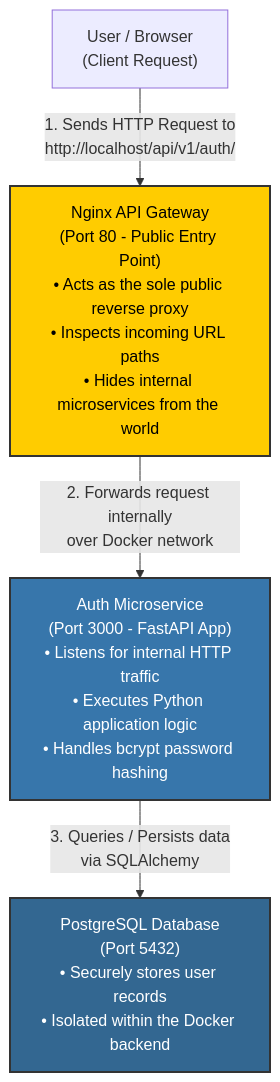
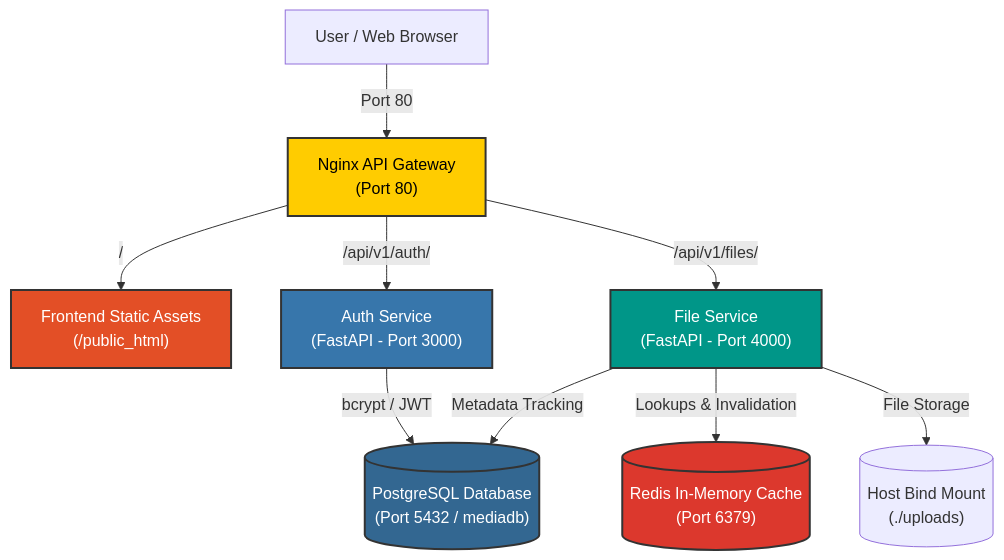
One commit to AsherFerdinand/docker-fastapi-microservice-stack changed the diagram in README.md. Above: the diagram before and after it, drawn with Mermaid. The commit also changed other lines of this file, not shown here.

````diff
--- a/README.md
+++ b/README.md
@@ -31,12 +33,20 @@
 ```mermaid
 graph TD
-    User["User / Browser\n(Client Request)"] -->|1. Sends HTTP Request to\nhttp://localhost/api/v1/auth/| Port80["Nginx API Gateway\n(Port 80 - Public Entry Point)\n• Acts as the sole public reverse proxy\n• Inspects incoming URL paths\n• Hides internal microservices from the world"]
-    
-    Port80 -->|2. Forwards request internally\nover Docker network| Port3000["Auth Microservice\n(Port 3000 - FastAPI App)\n• Listens for internal HTTP traffic\n• Executes Python application logic\n• Handles bcrypt password hashing"]
-    
-    Port3000 -->|3. Queries / Persists data\nvia SQLAlchemy| DB["PostgreSQL Database\n(Port 5432)\n• Securely stores user records\n• Isolated within the Docker backend"]
+    User["User / Web Browser"] -->|Port 80| Gateway["Nginx API Gateway\n(Port 80)"]
 
-    style Port80 fill:#ffcc00,stroke:#333,stroke-width:2px,color:#000
-    style Port3000 fill:#3776AB,stroke:#333,stroke-width:2px,color:#fff
+    Gateway -->|/| Frontend["Frontend Static Assets\n(/public_html)"]
+    Gateway -->|/api/v1/auth/| AuthSvc["Auth Service\n(FastAPI - Port 3000)"]
+    Gateway -->|/api/v1/files/| FileSvc["File Service\n(FastAPI - Port 4000)"]
+
+    AuthSvc -->|bcrypt / JWT| DB[("PostgreSQL Database\n(Port 5432 / mediadb)")]
+    FileSvc -->|Metadata Tracking| DB
+    FileSvc -->|Lookups & Invalidation| Cache[("Redis In-Memory Cache\n(Port 6379)")]
+    FileSvc -->|File Storage| Volume[("Host Bind Mount\n(./uploads)")]
+
+    style Gateway fill:#ffcc00,stroke:#333,stroke-width:2px,color:#000
+    style AuthSvc fill:#3776AB,stroke:#333,stroke-width:2px,color:#fff
+    style FileSvc fill:#009688,stroke:#333,stroke-width:2px,color:#fff
     style DB fill:#336791,stroke:#333,stroke-width:2px,color:#fff
+    style Cache fill:#dc382d,stroke:#333,stroke-width:2px,color:#fff
+    style Frontend fill:#e34f26,stroke:#333,stroke-width:2px,color:#fff
 ```
````
